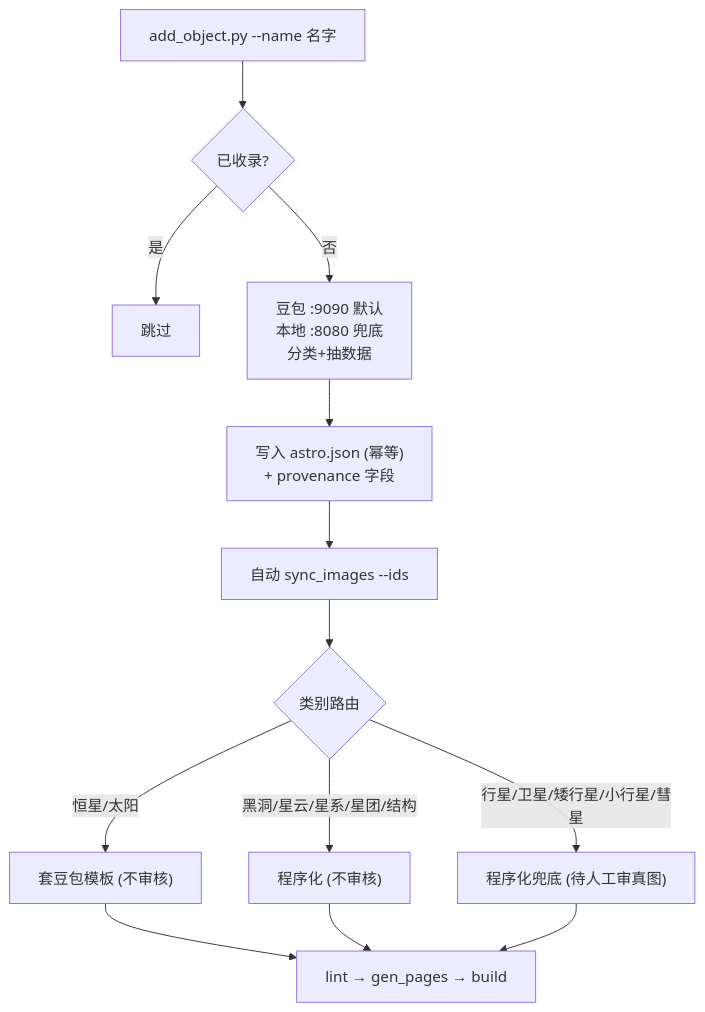
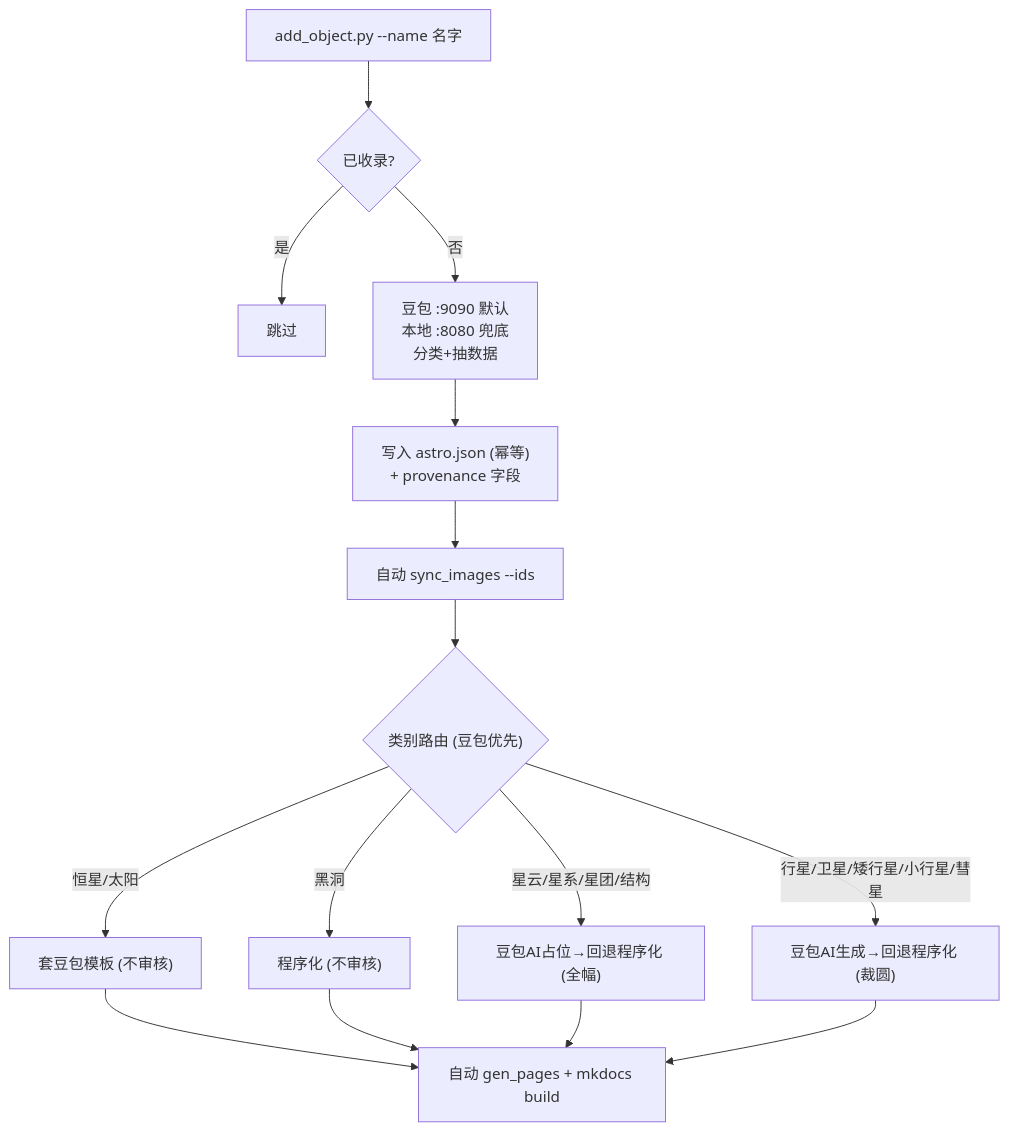
One commit to yufengwolf/astro-blog changed the diagram in README.md. Above: the diagram before and after it, drawn with Mermaid. The commit also changed other lines of this file and 11 other files, not shown here.

Commit message:
fix: 图片生成改为豆包AI优先+程序化兜底(Otsu自适应裁圆,黑洞恒程序化); add_object 末尾自动gen_pages+构建+清晰总结; 行星/矮行星默认parent=sun; 维护指南/README 同步更新出图优先级

````diff
--- a/README.md
+++ b/README.md
@@ -60,15 +60,17 @@
 ```mermaid
 flowchart TD
     U["add_object.py --name 名字"] --> P{"已收录?"}
     P -->|是| S["跳过"]
     P -->|否| L["豆包 :9090 默认<br/>本地 :8080 兜底<br/>分类+抽数据"]
     L --> W["写入 astro.json (幂等)<br/>+ provenance 字段"]
     W --> Y["自动 sync_images --ids"]
-    Y --> R{"类别路由"}
+    Y --> R{"类别路由 (豆包优先)"}
     R -->|恒星/太阳| E["套豆包模板 (不审核)"]
-    R -->|黑洞/星云/星系/星团/结构| F["程序化 (不审核)"]
-    R -->|行星/卫星/矮行星/小行星/彗星| G["程序化兜底 (待人工审真图)"]
-    E --> V["lint → gen_pages → build"]
+    R -->|黑洞| F0["程序化 (不审核)"]
+    R -->|星云/星系/星团/结构| F["豆包AI占位→回退程序化 (全幅)"]
+    R -->|行星/卫星/矮行星/小行星/彗星| G["豆包AI生成→回退程序化 (裁圆)"]
+    E --> V["自动 gen_pages + mkdocs build"]
+    F0 --> V
     F --> V
     G --> V
 ```
````
